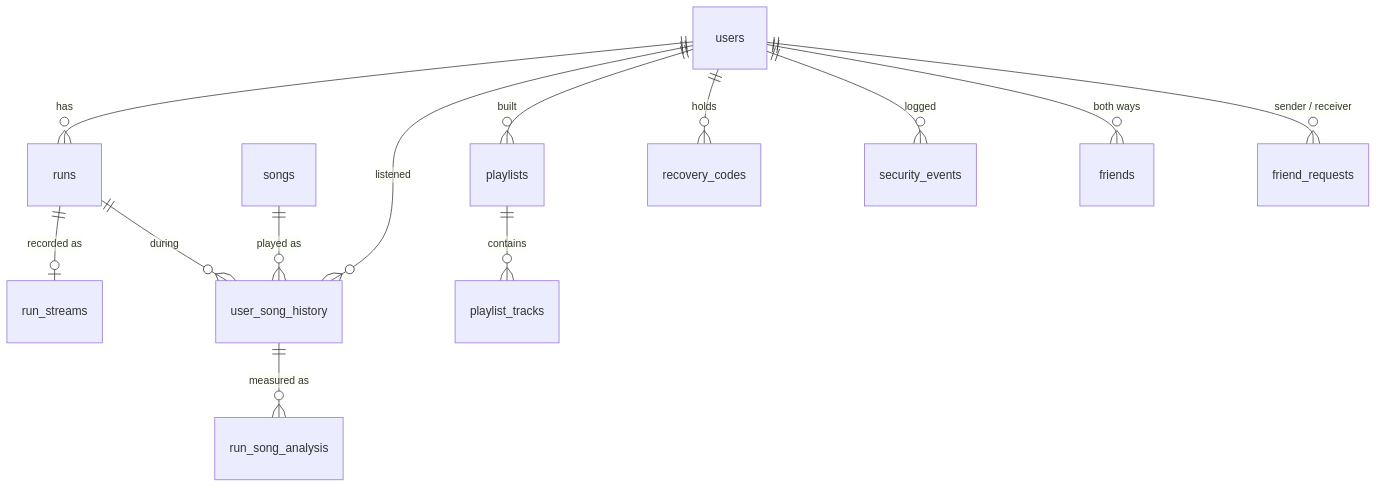
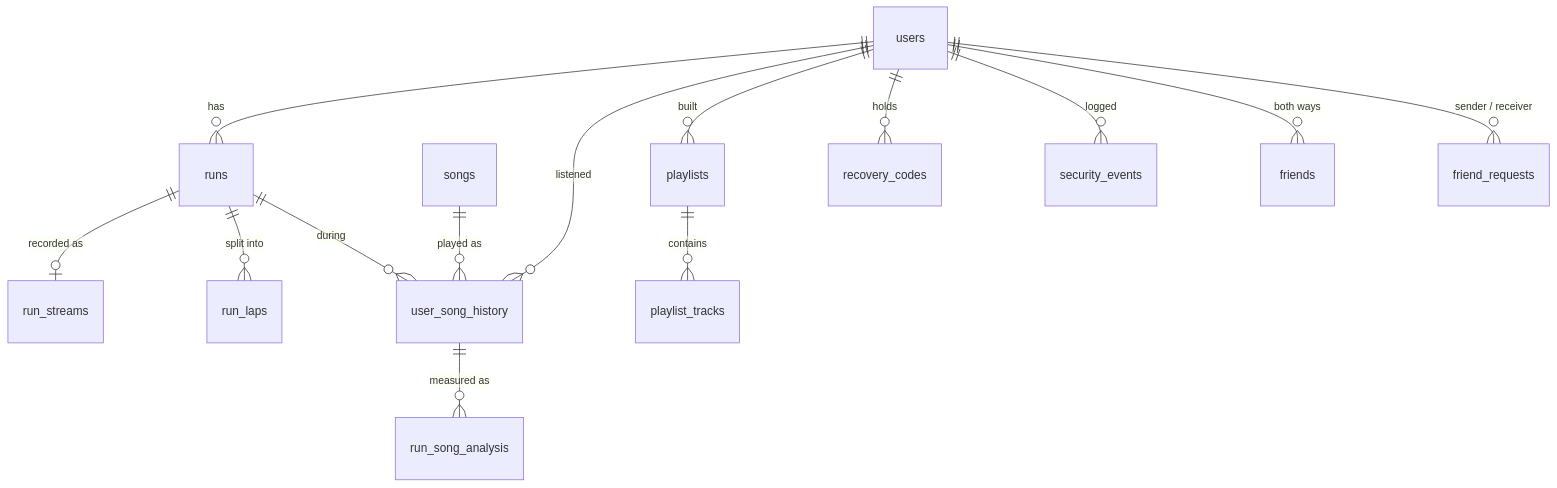
One commit to ColmAli-7/Runnify changed the second of 2 diagrams in docs/architecture.md. Above: the diagram before and after it, drawn with Mermaid. The commit also changed other lines of this file and 10 other files, not shown here.

````diff
--- a/docs/architecture.md
+++ b/docs/architecture.md
@@ -38,15 +38,16 @@
 ```mermaid
 erDiagram
     users ||--o{ runs : "has"
     runs ||--o| run_streams : "recorded as"
+    runs ||--o{ run_laps : "split into"
     users ||--o{ user_song_history : "listened"
     songs ||--o{ user_song_history : "played as"
     runs ||--o{ user_song_history : "during"
     user_song_history ||--o{ run_song_analysis : "measured as"
     users ||--o{ playlists : "built"
     playlists ||--o{ playlist_tracks : "contains"
     users ||--o{ recovery_codes : "holds"
     users ||--o{ security_events : "logged"
     users ||--o{ friends : "both ways"
     users ||--o{ friend_requests : "sender / receiver"
 ```
````
